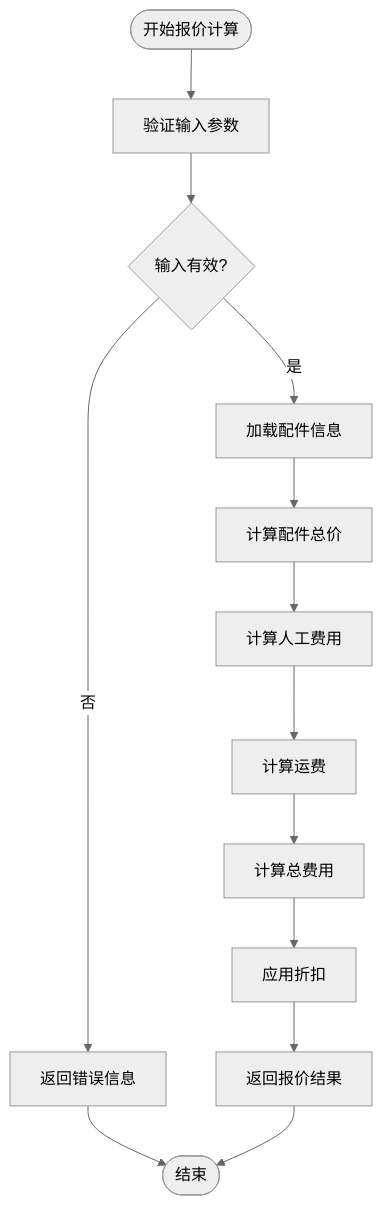
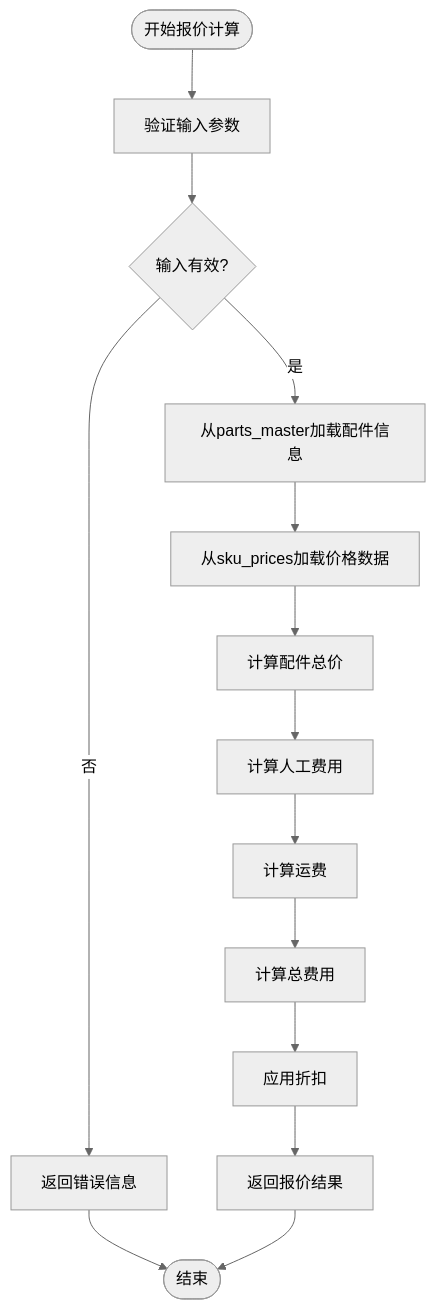
The fourth of 12 diagrams in .qoder/repowiki/zh/content/数据库设计/服务配件SKU定价.md (CubeEdge/Longhorn), drawn with Mermaid (neutral theme) before and after one commit. The commit also changed other lines of this file and 53 other files, not shown here.

````diff
--- a/.qoder/repowiki/zh/content/数据库设计/服务配件SKU定价.md
+++ b/.qoder/repowiki/zh/content/数据库设计/服务配件SKU定价.md
@@ -202,15 +226,16 @@
 ```mermaid
 flowchart TD
 Start([开始报价计算]) --> ValidateInput["验证输入参数"]
 ValidateInput --> InputValid{"输入有效?"}
 InputValid --> |否| ReturnError["返回错误信息"]
-InputValid --> |是| LoadParts["加载配件信息"]
-LoadParts --> CalcParts["计算配件总价"]
+InputValid --> |是| LoadParts["从parts_master加载配件信息"]
+LoadParts --> LoadPrices["从sku_prices加载价格数据"]
+LoadPrices --> CalcParts["计算配件总价"]
 CalcParts --> CalcLabor["计算人工费用"]
 CalcLabor --> CalcShipping["计算运费"]
 CalcShipping --> CalcTotal["计算总费用"]
 CalcTotal --> ApplyDiscount["应用折扣"]
 ApplyDiscount --> ReturnQuote["返回报价结果"]
 ReturnError --> End([结束])
 ReturnQuote --> End
 ```
````
